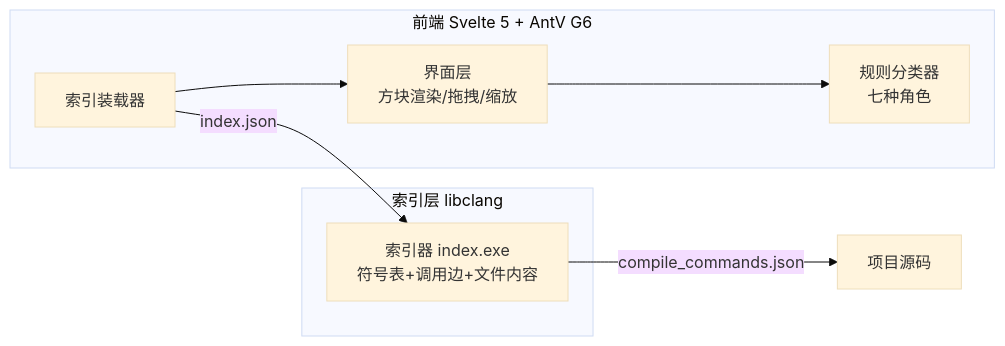
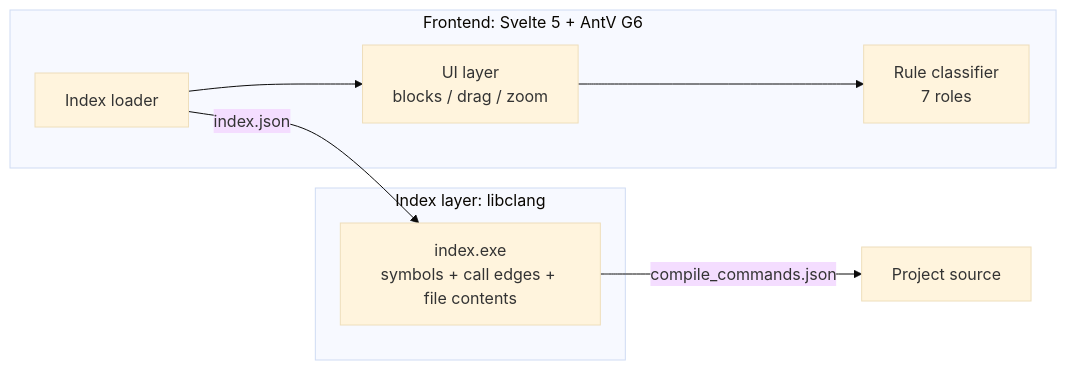
Before and after one commit to zn694/codeviz: the diagram in README.md, drawn with Mermaid (base theme). The commit also changed other lines of this file, not shown here.

````diff
--- a/README.md
+++ b/README.md
@@ -32,15 +32,15 @@
 ```mermaid
 flowchart LR
-    subgraph 前端["前端 Svelte 5 + AntV G6"]
-        UI[界面层<br/>方块渲染/拖拽/缩放]
-        CLS[规则分类器<br/>七种角色]
-        LOAD[索引装载器]
+    subgraph FE["Frontend: Svelte 5 + AntV G6"]
+        UI[UI layer<br/>blocks / drag / zoom]
+        CLS[Rule classifier<br/>7 roles]
+        LOAD[Index loader]
     end
-    subgraph 索引["索引层 libclang"]
-        IDX[索引器 index.exe<br/>符号表+调用边+文件内容]
+    subgraph IDX["Index layer: libclang"]
+        EXE[index.exe<br/>symbols + call edges + file contents]
     end
     UI --> CLS
     LOAD --> UI
-    LOAD -- index.json --> IDX
-    IDX -- compile_commands.json --> 项目源码
+    LOAD -- index.json --> EXE
+    EXE -- compile_commands.json --> SRC[Project source]
 ```
````
